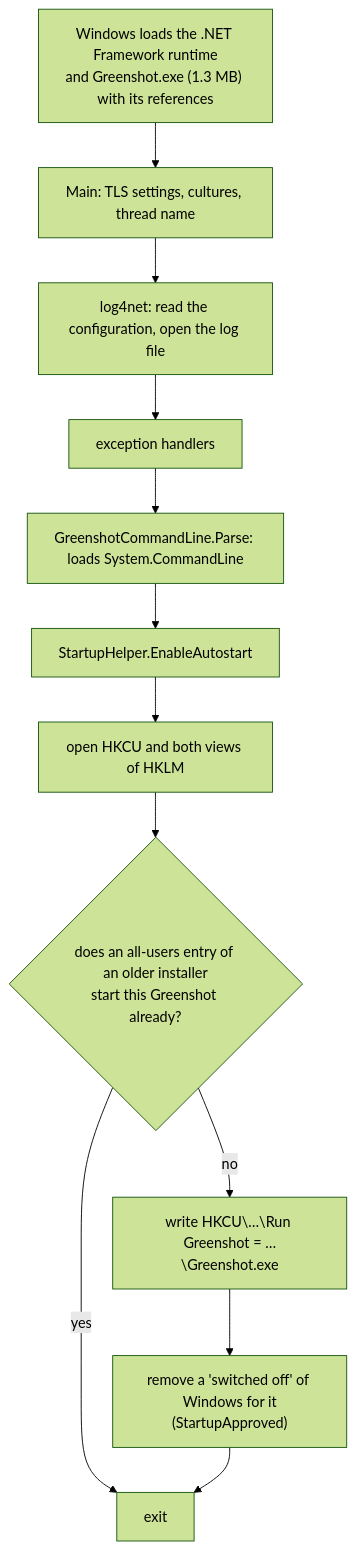
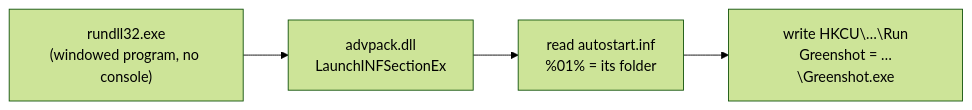
The fourth of 5 diagrams in docs/autostart.md (greenshot/greenshot), drawn with Mermaid (forest theme) before and after one commit. The commit also changed other lines of this file and 8 other files, not shown here.

First line of the commit message:
Write the start with Windows with an INF file instead of Greenshot.exe

````diff
--- a/docs/autostart.md
+++ b/docs/autostart.md
@@ -153,14 +173,6 @@
 ```mermaid
-flowchart TD
-    A["Windows loads the .NET Framework runtime<br/>and Greenshot.exe (1.3 MB) with its references"] --> B["Main: TLS settings, cultures, thread name"]
-    B --> C["log4net: read the configuration, open the log file"]
-    C --> D["exception handlers"]
-    D --> E["GreenshotCommandLine.Parse: loads System.CommandLine"]
-    E --> F["StartupHelper.EnableAutostart"]
-    F --> G["open HKCU and both views of HKLM"]
-    G --> H{"does an all-users entry of an older installer<br/>start this Greenshot already?"}
-    H -- yes --> X[exit]
-    H -- no --> I["write HKCU\…\Run Greenshot = …\Greenshot.exe"]
-    I --> J["remove a 'switched off' of Windows for it<br/>(StartupApproved)"]
-    J --> X
+flowchart LR
+    A["rundll32.exe<br/>(windowed program, no console)"] --> B["advpack.dll<br/>LaunchINFSectionEx"]
+    B --> C["read autostart.inf<br/>%01% = its folder"]
+    C --> D["write HKCU\…\Run<br/>Greenshot = …\Greenshot.exe"]
 ```
````
